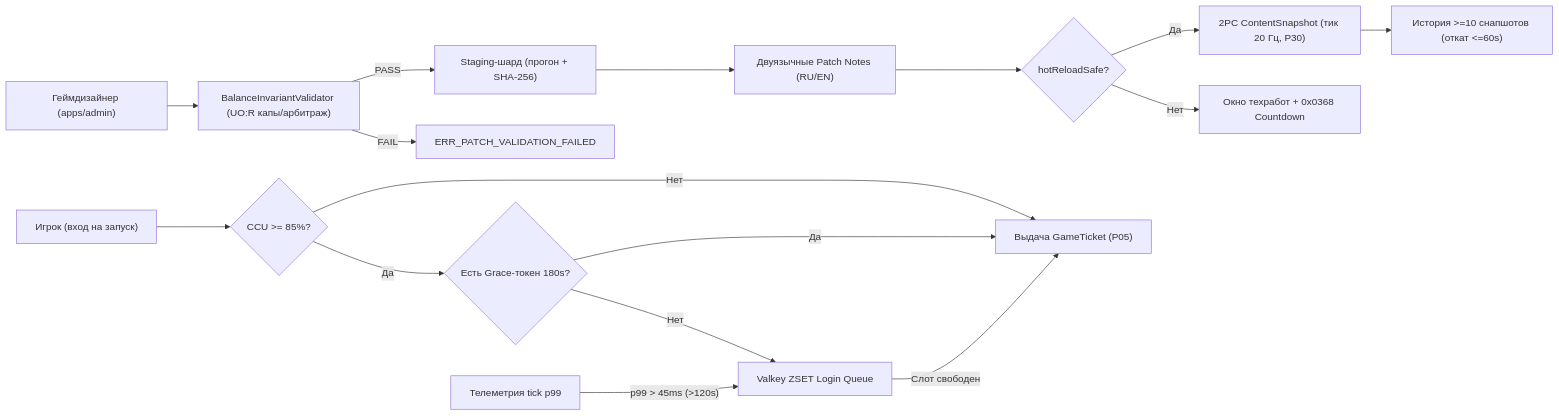
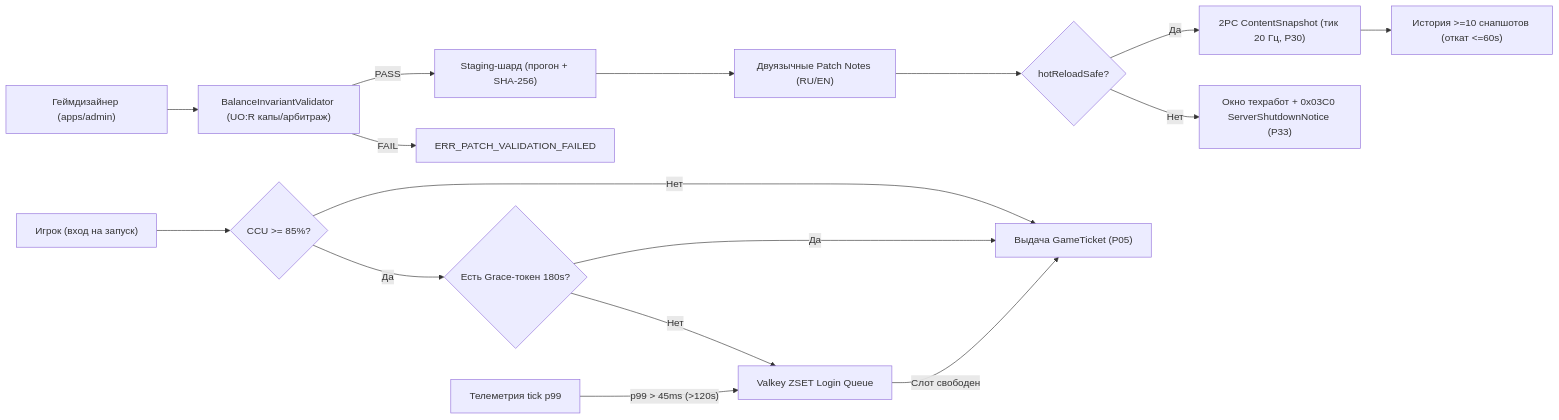
Before and after one commit to SergioAndreev/uo3: the third of 3 diagrams in openspec/changes/p36-beta-and-launch/design.md, drawn with Mermaid. The commit also changed other lines of this file and 188 other files, not shown here.

````diff
--- a/openspec/changes/p36-beta-and-launch/design.md
+++ b/openspec/changes/p36-beta-and-launch/design.md
@@ -322,19 +322,19 @@
 ```mermaid
 flowchart LR
     GD["Геймдизайнер (apps/admin)"] --> VAL["BalanceInvariantValidator (UO:R капы/арбитраж)"]
     VAL -->|PASS| STG["Staging-шард (прогон + SHA-256)"]
     VAL -->|FAIL| ERR["ERR_PATCH_VALIDATION_FAILED"]
     STG --> PN["Двуязычные Patch Notes (RU/EN)"]
     PN --> REL{"hotReloadSafe?"}
     REL -->|Да| P30["2PC ContentSnapshot (тик 20 Гц, P30)"]
-    REL -->|Нет| MNT["Окно техработ + 0x0368 Countdown"]
+    REL -->|Нет| MNT["Окно техработ + 0x03C0 ServerShutdownNotice (P33)"]
     P30 --> HIST["История >=10 снапшотов (откат <=60s)"]
 
     PL["Игрок (вход на запуск)"] --> ADM{"CCU >= 85%?"}
     ADM -->|Нет| TKT["Выдача GameTicket (P05)"]
     ADM -->|Да| GR{"Есть Grace-токен 180s?"}
     GR -->|Да| TKT
     GR -->|Нет| Q["Valkey ZSET Login Queue"]
     MON["Телеметрия tick p99"] -->|"p99 > 45ms (>120s)"| Q
     Q -->|"Слот свободен"| TKT
 ```
````
